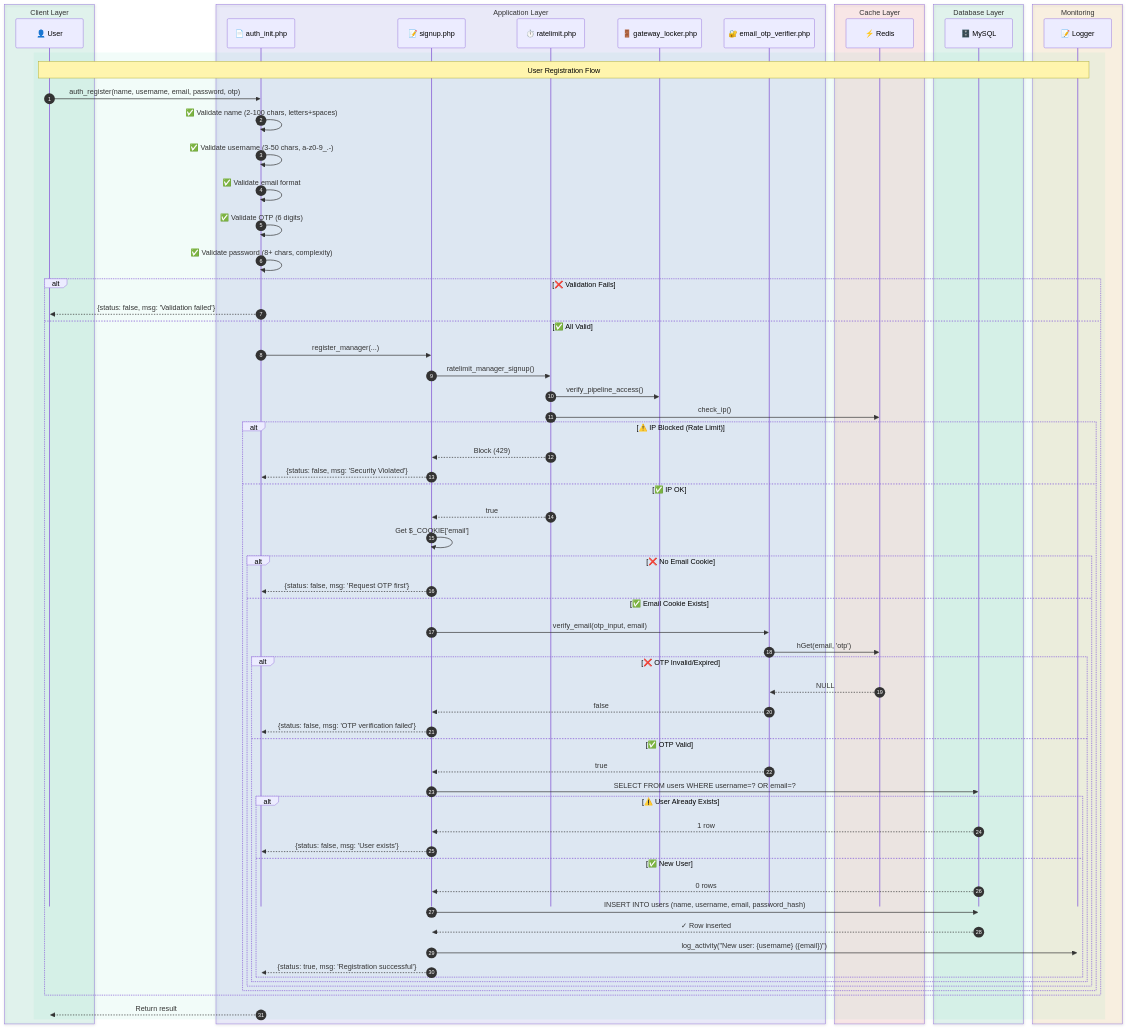
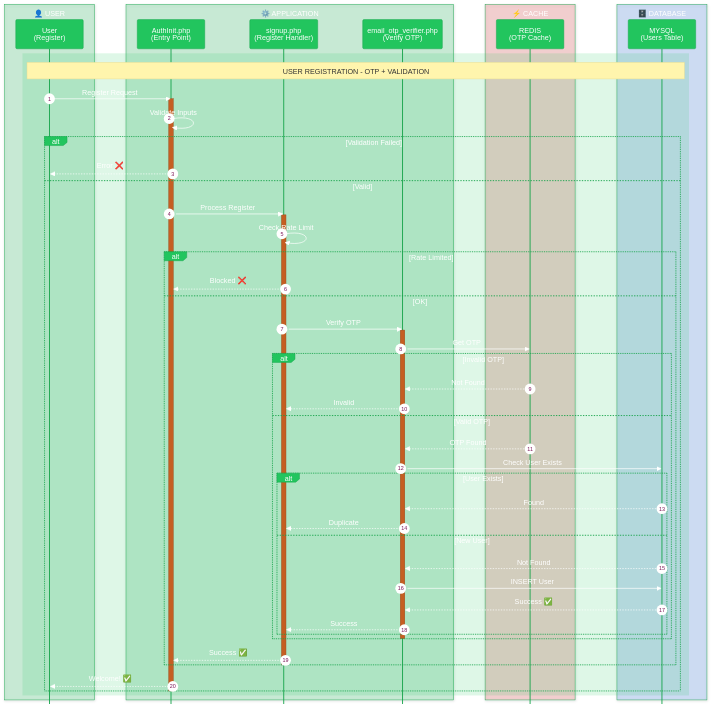
Before and after one commit to Vercodea/auth-core: the third of 8 diagrams in README.md, drawn with Mermaid. The commit also changed other lines of this file, not shown here.

Commit message:
Initial commit: Vercodea Auth Core v1.0.0

````diff
--- a/README.md
+++ b/README.md
@@ -651,88 +632,61 @@
 ```mermaid
-%%{init: {'theme': 'default', 'themeVariables': { 'primaryColor': '#10b981', 'primaryTextColor': '#ffffff', 'primaryBorderColor': '#047857', 'lineColor': '#10b981', 'fontSize': '16px', 'fontFamily': 'arial'}, 'sequence': {'mirrorActors': false}}}%%
+%%{init: {'theme': 'base', 'themeVariables': {'fontSize': '32px', 'fontFamily': 'arial', 'primaryColor': '#22c55e', 'primaryTextColor': '#ffffff', 'primaryBorderColor': '#16a34a', 'lineColor': '#86efac', 'tertiaryColor': '#dcfce7', 'tertiaryBorderColor': '#86efac', 'tertiaryTextColor': '#166534'}, 'sequence': {'mirrorActors': false, 'actorMargin': 100, 'actorFontSize': '32px', 'messageFontSize': '32px'}}}%%
 sequenceDiagram
     autonumber
-    box rgb(16, 185, 129, 0.1) Client Layer
-        participant User as 👤 User
+    box rgb(34, 197, 94, 0.2) 👤 USER
+        participant User as User<br/>(Register)
     end
-    box rgb(99, 102, 241, 0.1) Application Layer
-        participant Auth as 📄 auth_init.php
-        participant Signup as 📝 signup.php
-        participant RL as ⏱️ ratelimit.php
-        participant GW as 🚪 gateway_locker.php
-        participant Verify as 🔐 email_otp_verifier.php
+    box rgb(34, 197, 94, 0.2) ⚙️ APPLICATION
+        participant Auth as AuthInit.php<br/>(Entry Point)
+        participant Signup as signup.php<br/>(Register Handler)
+        participant Verify as email_otp_verifier.php<br/>(Verify OTP)
     end
-    box rgb(239, 68, 68, 0.1) Cache Layer
-        participant Redis as ⚡ Redis
+    box rgb(239, 68, 68, 0.2) ⚡ CACHE
+        participant Redis as REDIS<br/>(OTP Cache)
     end
-    box rgb(16, 185, 129, 0.1) Database Layer
-        participant MySQL as 🗄️ MySQL
-    end
-    box rgb(245, 158, 11, 0.1) Monitoring
-        participant Logs as 📝 Logger
+    box rgb(59, 130, 246, 0.2) 🗄️ DATABASE
+        participant MySQL as MYSQL<br/>(Users Table)
     end
     
-    rect rgb(16, 185, 129, 0.05)
-        Note over User,Logs: User Registration Flow
-        
-        User->>Auth: auth_register(name, username, email, password, otp)
-        
-        Auth->>Auth: ✅ Validate name (2-100 chars, letters+spaces)
-        Auth->>Auth: ✅ Validate username (3-50 chars, a-z0-9_.-)
-        Auth->>Auth: ✅ Validate email format
-        Auth->>Auth: ✅ Validate OTP (6 digits)
-        Auth->>Auth: ✅ Validate password (8+ chars, complexity)
-        
-        alt ❌ Validation Fails
-            Auth-->>User: {status: false, msg: 'Validation failed'}
-        else ✅ All Valid
-            
-            Auth->>Signup: register_manager(...)
-            
-            Signup->>RL: ratelimit_manager_signup()
-            RL->>GW: verify_pipeline_access()
-            RL->>Redis: check_ip()
-            
-            alt ⚠️ IP Blocked (Rate Limit)
-                RL-->>Signup: Block (429)
-                Signup-->>Auth: {status: false, msg: 'Security Violated'}
-            else ✅ IP OK
-                RL-->>Signup: true
-                
-                Signup->>Signup: Get $_COOKIE['email']
-                
-                alt ❌ No Email Cookie
-                    Signup-->>Auth: {status: false, msg: 'Request OTP first'}
-                else ✅ Email Cookie Exists
-                    
-                    Signup->>Verify: verify_email(otp_input, email)
-                    Verify->>Redis: hGet(email, 'otp')
-                    
-                    alt ❌ OTP Invalid/Expired
-                        Redis-->>Verify: NULL
-                        Verify-->>Signup: false
-                        Signup-->>Auth: {status: false, msg: 'OTP verification failed'}
-                    else ✅ OTP Valid
-                        Verify-->>Signup: true
-                        
-                        Signup->>MySQL: SELECT FROM users WHERE username=? OR email=?
-                        
-                        alt ⚠️ User Already Exists
-                            MySQL-->>Signup: 1 row
-                            Signup-->>Auth: {status: false, msg: 'User exists'}
-                        else ✅ New User
-                            MySQL-->>Signup: 0 rows
-                            Signup->>MySQL: INSERT INTO users (name, username, email, password_hash)
-                            MySQL-->>Signup: ✓ Row inserted
-                            
-                            Signup->>Logs: log_activity("New user: {username} ({email})")
-                            Signup-->>Auth: {status: true, msg: 'Registration successful'}
-                        end
+    rect rgb(34, 197, 94, 0.15)
+        Note over User,MySQL: USER REGISTRATION - OTP + VALIDATION
+        User->>Auth: Register Request
+        activate Auth
+        Auth->>Auth: Validate Inputs
+        alt Validation Failed
+            Auth-->>User: Error ❌
+        else Valid
+            Auth->>Signup: Process Register
+            activate Signup
+            Signup->>Signup: Check Rate Limit
+            alt Rate Limited
+                Signup-->>Auth: Blocked ❌
+            else OK
+                Signup->>Verify: Verify OTP
+                activate Verify
+                Verify->>Redis: Get OTP
+                alt Invalid OTP
+                    Redis-->>Verify: Not Found
+                    Verify-->>Signup: Invalid
+                else Valid OTP
+                    Redis-->>Verify: OTP Found
+                    Verify->>MySQL: Check User Exists
+                    alt User Exists
+                        MySQL-->>Verify: Found
+                        Verify-->>Signup: Duplicate
+                    else New User
+                        MySQL-->>Verify: Not Found
+                        Verify->>MySQL: INSERT User
+                        MySQL-->>Verify: Success ✅
+                        Verify-->>Signup: Success
                     end
                 end
+                deactivate Verify
+                Signup-->>Auth: Success ✅
             end
+            deactivate Signup
+            Auth-->>User: Welcome! ✅
         end
-        
-        Auth-->>User: Return result
+        deactivate Auth
     end
 ```
````
